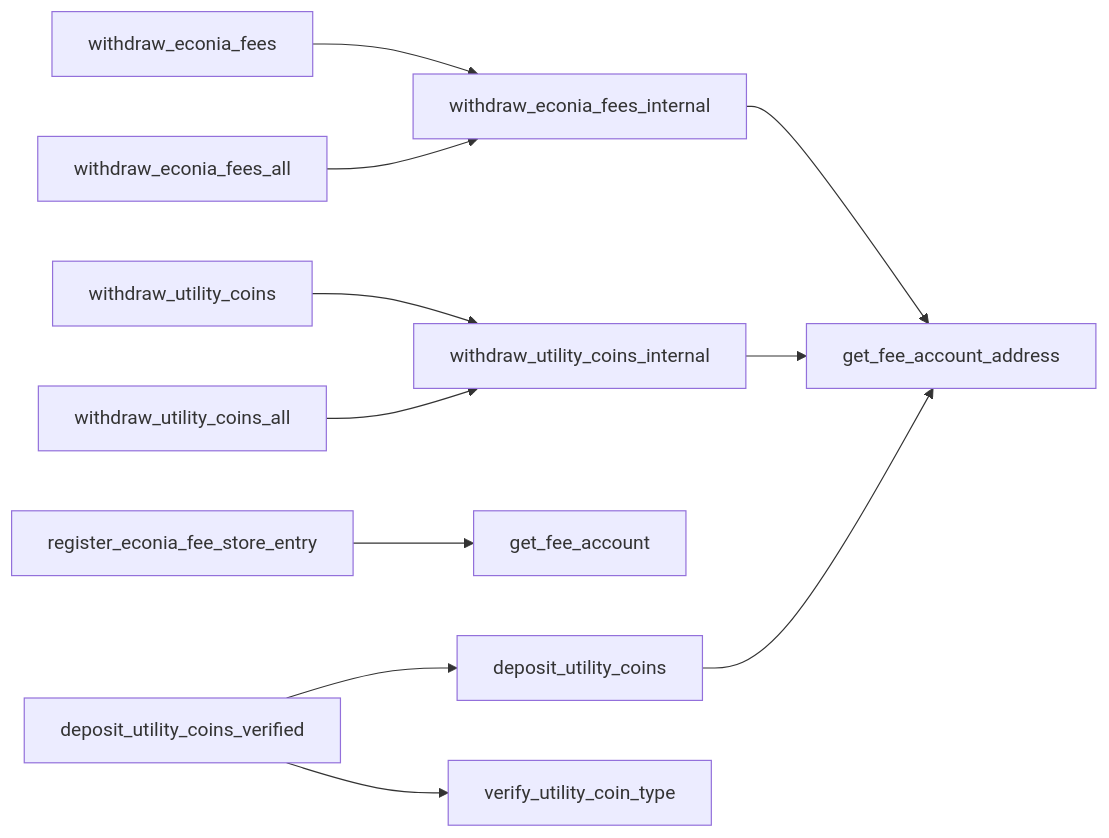
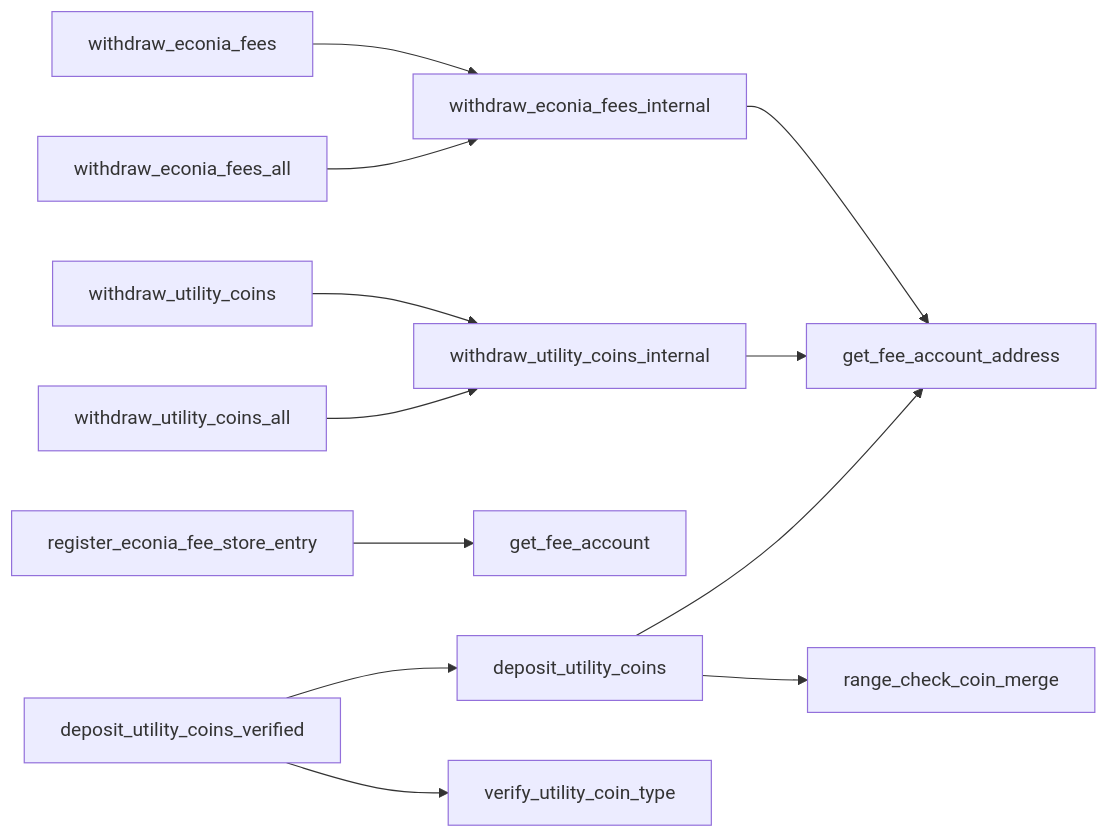
Before and after one commit to econia-labs/econia: the fourth of 7 diagrams in doc/diagrams/src/modules/incentives.md, drawn with Mermaid. The commit also changed other lines of this file and 2 other files, not shown here.

Commit message:
Add coin merge range checking

````diff
--- a/doc/diagrams/src/modules/incentives.md
+++ b/doc/diagrams/src/modules/incentives.md
@@ -65,16 +65,17 @@
 ```mermaid
 
 flowchart LR
 
 withdraw_econia_fees --> withdraw_econia_fees_internal
 withdraw_econia_fees_all --> withdraw_econia_fees_internal
 withdraw_econia_fees_internal --> get_fee_account_address
 withdraw_utility_coins --> withdraw_utility_coins_internal
 withdraw_utility_coins_all --> withdraw_utility_coins_internal
 withdraw_utility_coins_internal --> get_fee_account_address
 register_econia_fee_store_entry --> get_fee_account
 deposit_utility_coins --> get_fee_account_address
+deposit_utility_coins --> range_check_coin_merge
 deposit_utility_coins_verified --> verify_utility_coin_type
 deposit_utility_coins_verified --> deposit_utility_coins
 
 ```
````
